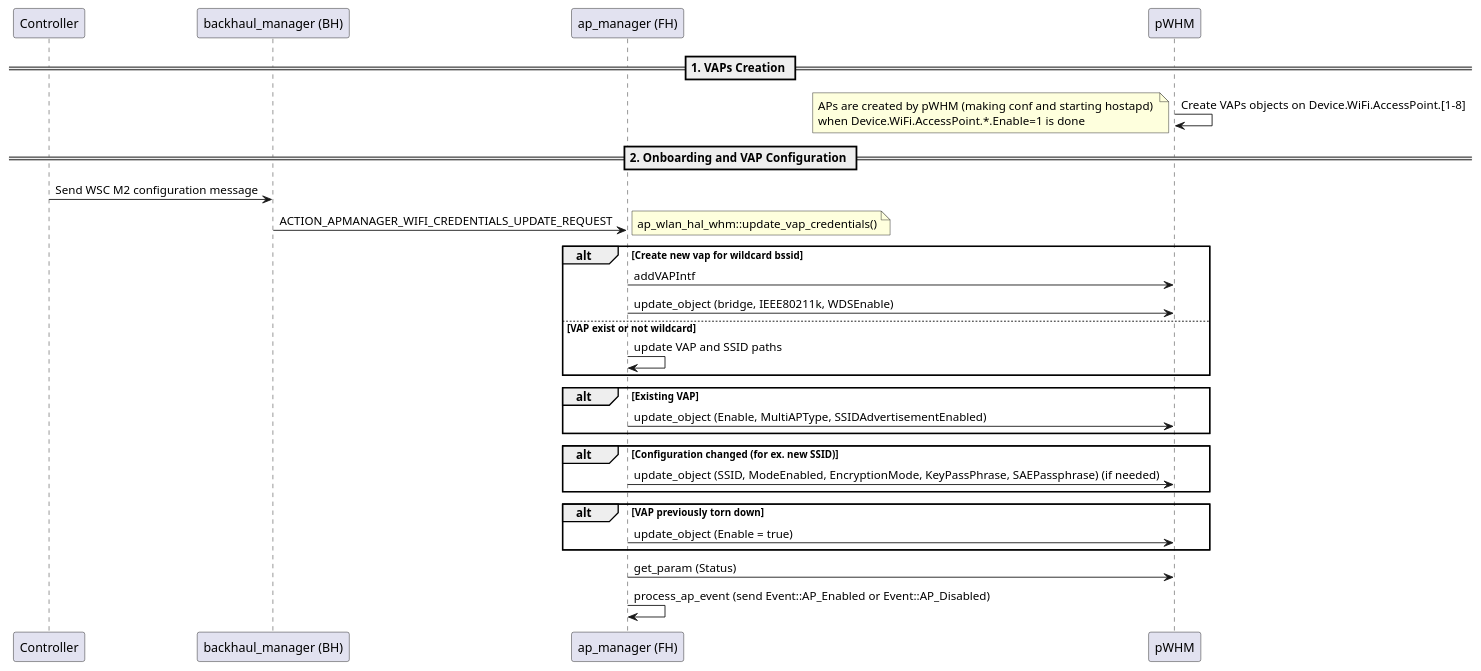
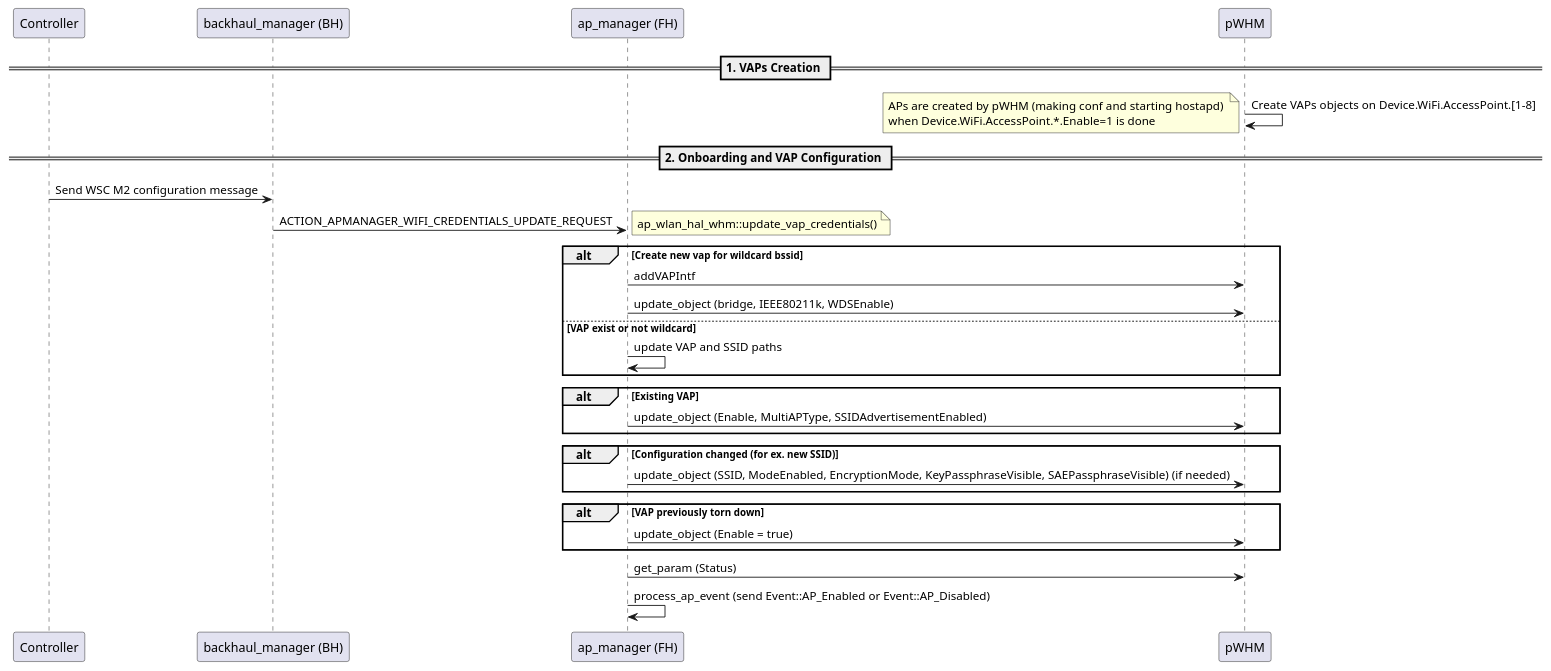
One commit to CodeLinaro-mirror/qsdk_oss_prpl-foundation_prplmesh_prplMesh changed the diagram in documentation/images/plantuml/agent/flows/vap_workflow.puml. Above: the diagram before and after it, drawn with PlantUML. The commit also changed 4 other files, not shown here.

First line of the commit message:
hal: whm: migrate to KeyPassphraseVisible

```diff
--- a/documentation/images/plantuml/agent/flows/vap_workflow.puml
+++ b/documentation/images/plantuml/agent/flows/vap_workflow.puml
@@ -1,39 +1,39 @@
 @startuml
 participant Controller
 participant "backhaul_manager (BH)" as BH
 participant "ap_manager (FH)" as FH
 participant "pWHM" as pwhm
 
 == 1. VAPs Creation ==
 pwhm -> pwhm: Create VAPs objects on Device.WiFi.AccessPoint.[1-8]
 note left: APs are created by pWHM (making conf and starting hostapd) \nwhen Device.WiFi.AccessPoint.*.Enable=1 is done
 
 == 2. Onboarding and VAP Configuration ==
 Controller -> BH: Send WSC M2 configuration message
 BH -> FH: ACTION_APMANAGER_WIFI_CREDENTIALS_UPDATE_REQUEST
 
 note right: ap_wlan_hal_whm::update_vap_credentials()
 
 alt Create new vap for wildcard bssid
     FH -> pwhm: addVAPIntf
-    FH -> pwhm: update_object (bridge, IEEE80211k, WDSEnable)   
+    FH -> pwhm: update_object (bridge, IEEE80211k, WDSEnable)
 else VAP exist or not wildcard
     FH -> FH: update VAP and SSID paths
 end
 
 alt Existing VAP
     FH -> pwhm: update_object (Enable, MultiAPType, SSIDAdvertisementEnabled)
 end
 
 alt Configuration changed (for ex. new SSID)
-    FH -> pwhm: update_object (SSID, ModeEnabled, EncryptionMode, KeyPassPhrase, SAEPassphrase) (if needed)
+    FH -> pwhm: update_object (SSID, ModeEnabled, EncryptionMode, KeyPassphraseVisible, SAEPassphraseVisible) (if needed)
 end
 
 alt VAP previously torn down
     FH -> pwhm: update_object (Enable = true)
 end
 
 FH -> pwhm: get_param (Status)
 FH -> FH: process_ap_event (send Event::AP_Enabled or Event::AP_Disabled)
 
 @enduml
```
